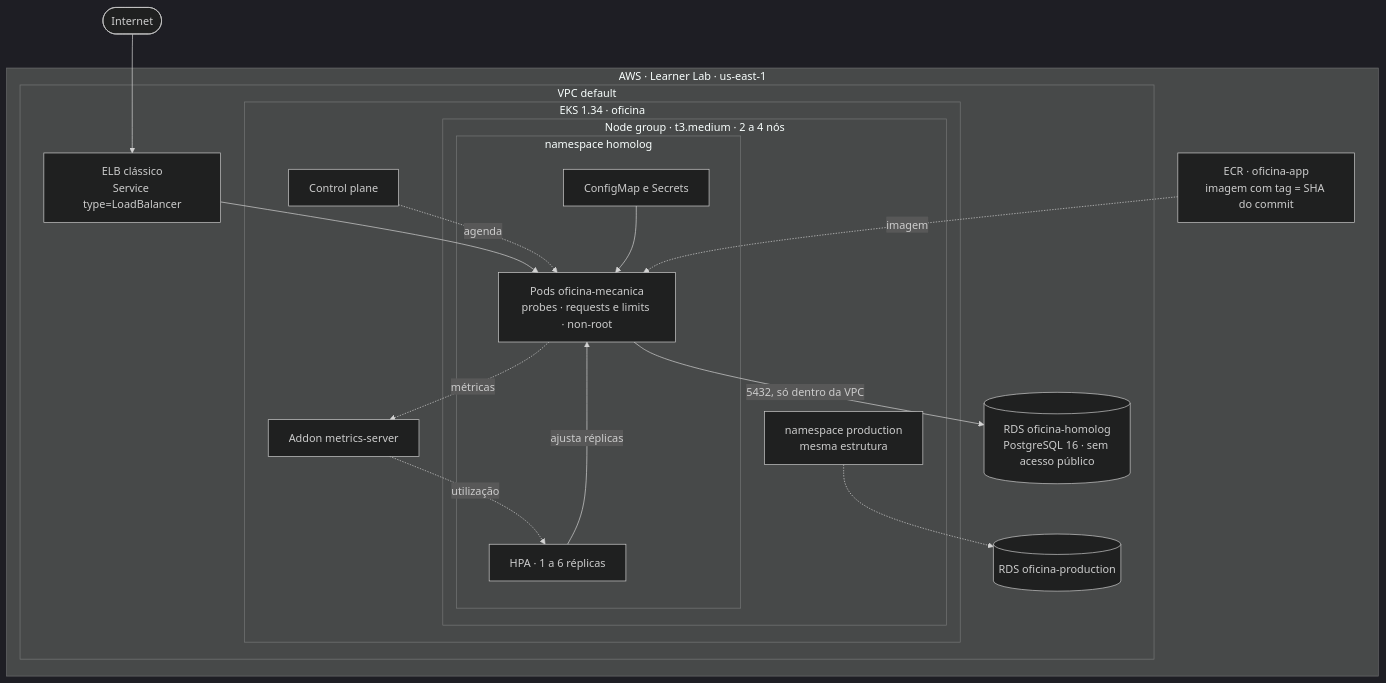
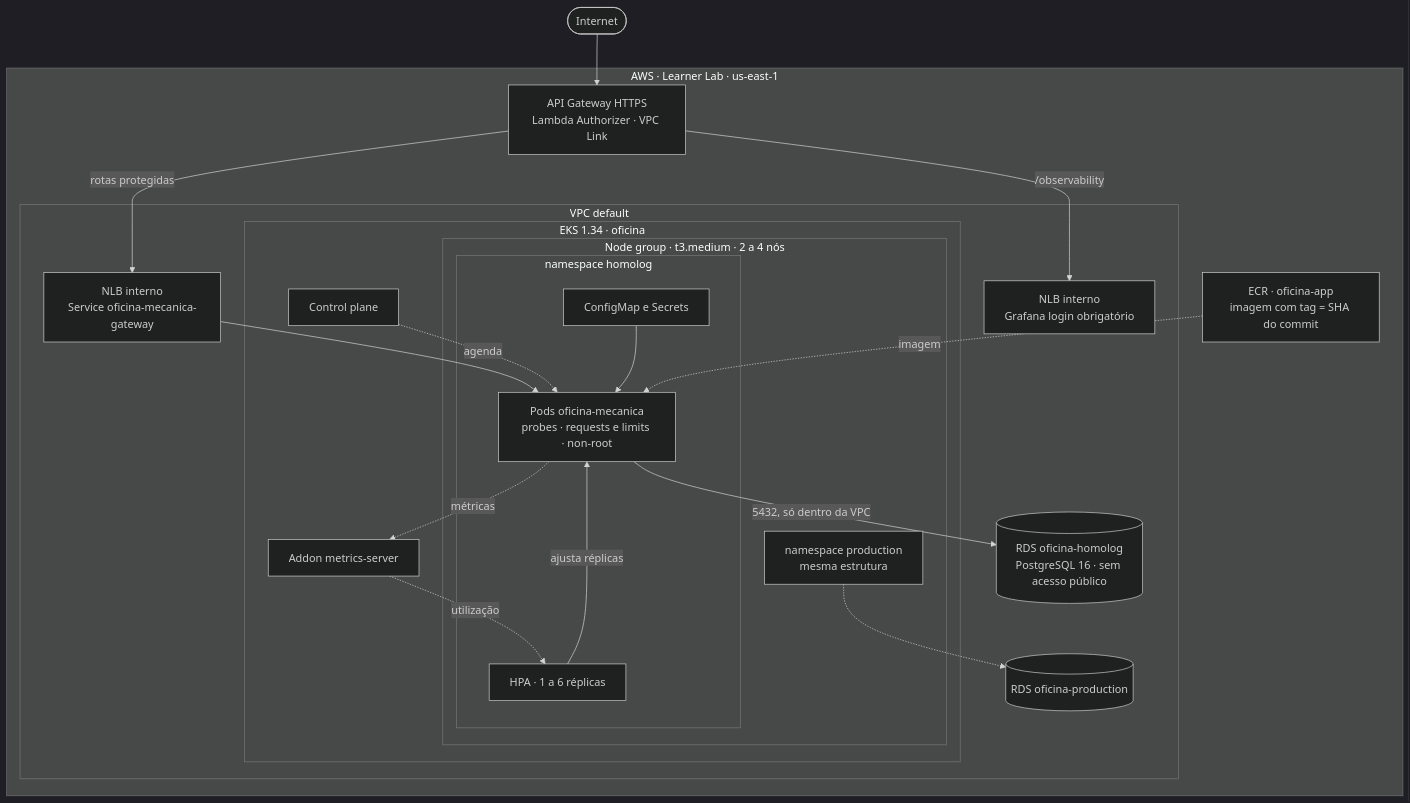
One commit to 15SOAT-JVGG/oficina-app changed the second of 3 diagrams in README.md. Above: the diagram before and after it, drawn with Mermaid (dark theme). The commit also changed other lines of this file and 19 other files, not shown here.

Commit message:
feat: route public traffic through API Gateway

````diff
--- a/README.md
+++ b/README.md
@@ -123,40 +123,45 @@
 ```mermaid
 flowchart TB
     internet(["Internet"])
 
     subgraph aws["AWS · Learner Lab · us-east-1"]
         ecr["ECR · oficina-app<br/>imagem com tag = SHA do commit"]
 
-        subgraph vpc["VPC default"]
-            elb["ELB clássico<br/>Service type=LoadBalancer"]
+    gateway["API Gateway HTTPS<br/>Lambda Authorizer · VPC Link"]
+
+    subgraph vpc["VPC default"]
+            appnlb["NLB interno<br/>Service oficina-mecanica-gateway"]
+            grafananlb["NLB interno<br/>Grafana login obrigatório"]
 
             subgraph eks["EKS 1.34 · oficina"]
                 cp["Control plane"]
                 metrics["Addon metrics-server"]
 
                 subgraph nodegroup["Node group · t3.medium · 2 a 4 nós"]
                     subgraph nsh["namespace homolog"]
                         config["ConfigMap e Secrets"]
                         hpa["HPA · 1 a 6 réplicas"]
                         pods["Pods oficina-mecanica<br/>probes · requests e limits · non-root"]
                     end
                     nsp["namespace production<br/>mesma estrutura"]
                 end
             end
 
             rdsh[("RDS oficina-homolog<br/>PostgreSQL 16 · sem acesso público")]
             rdsp[("RDS oficina-production")]
         end
     end
 
-    internet --> elb
-    elb --> pods
+    internet --> gateway
+    gateway -->|rotas protegidas| appnlb
+    gateway -->|/observability| grafananlb
+    appnlb --> pods
     cp -. "agenda" .-> pods
     config --> pods
     ecr -. "imagem" .-> pods
     pods -. "métricas" .-> metrics
     metrics -. "utilização" .-> hpa
     hpa -- "ajusta réplicas" --> pods
     pods -- "5432, só dentro da VPC" --> rdsh
     nsp -.-> rdsp
 ```
````
